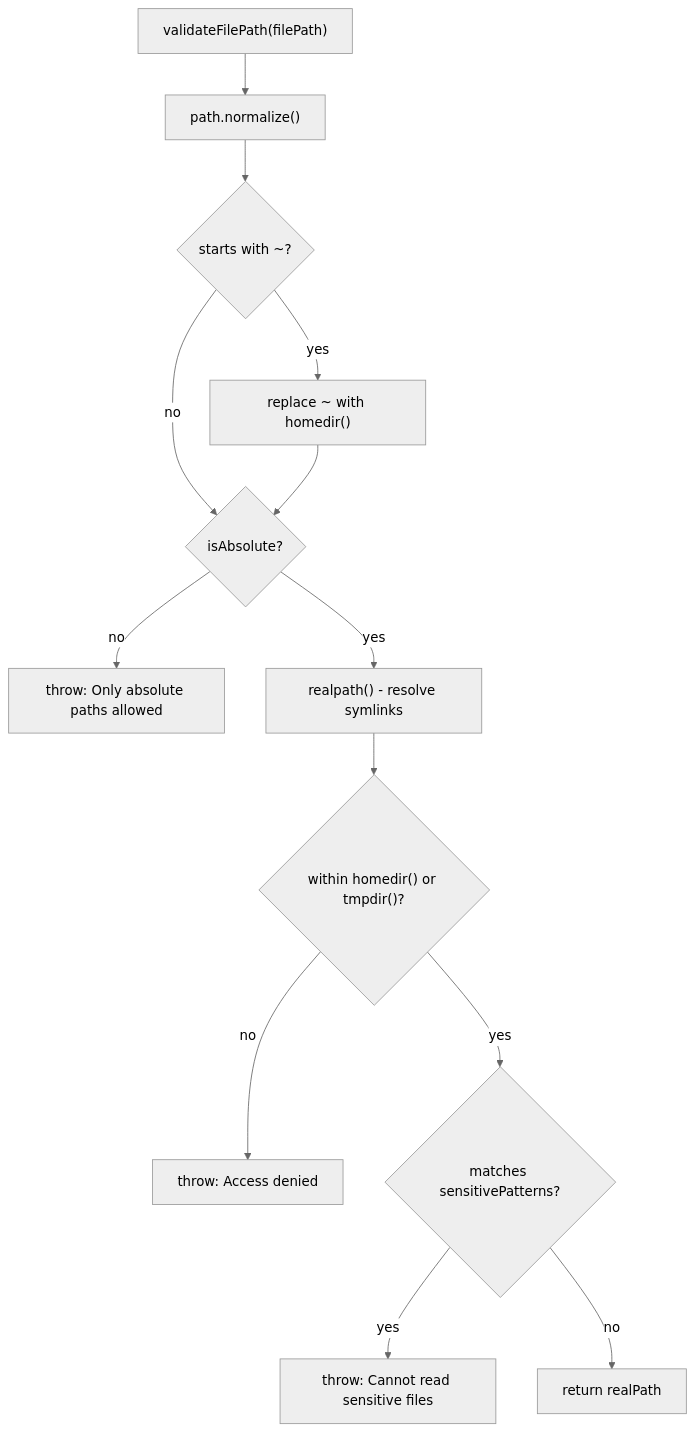
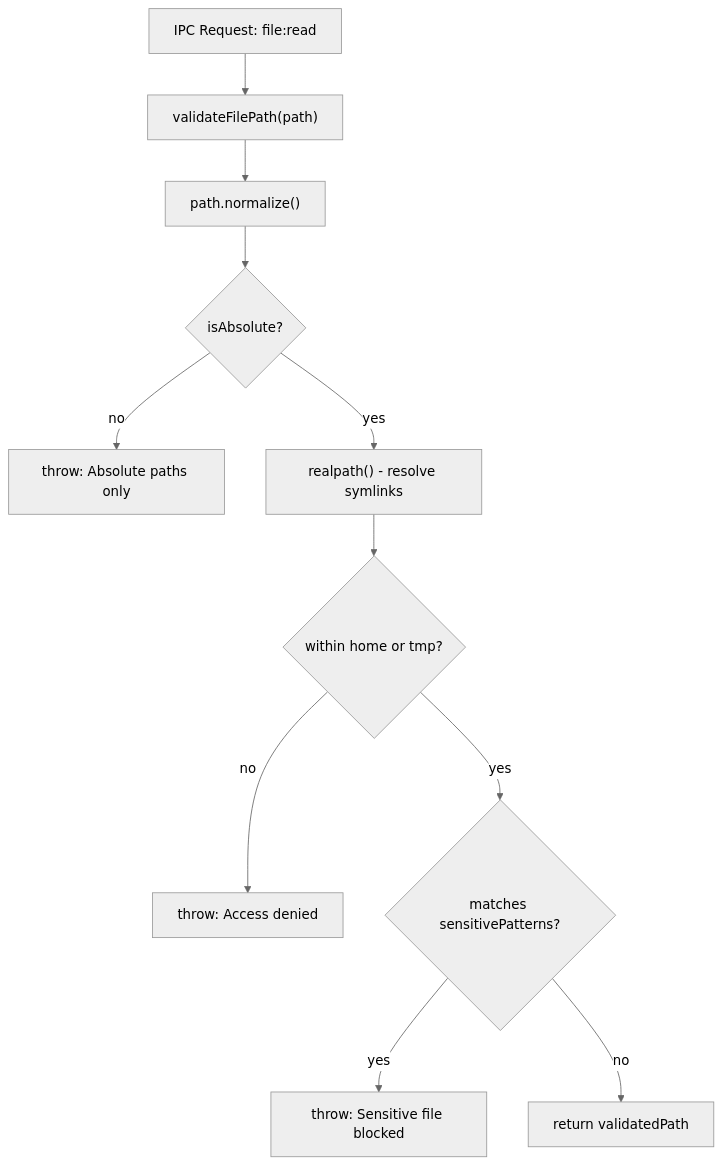
The second of 3 diagrams in docs/lukilabs_craft-agents-oss/security/security-architecture.md (blackcater/zentree), drawn with Mermaid (neutral theme) before and after one commit. The commit also changed other lines of this file and 232 other files, not shown here.

````diff
--- a/docs/lukilabs_craft-agents-oss/security/security-architecture.md
+++ b/docs/lukilabs_craft-agents-oss/security/security-architecture.md
@@ -145,15 +119,13 @@
 ```mermaid
 flowchart TD
-    A["validateFilePath(filePath)"] --> B["path.normalize()"]
-    B --> C{"starts with ~?"}
-    C -- yes --> D["replace ~ with homedir()"]
-    C -- no --> E{"isAbsolute?"}
-    D --> E
-    E -- no --> REJECT1["throw: Only absolute paths allowed"]
-    E -- yes --> F["realpath() - resolve symlinks"]
-    F --> G{"within homedir() or tmpdir()?"}
-    G -- no --> REJECT2["throw: Access denied"]
-    G -- yes --> H{"matches sensitivePatterns?"}
-    H -- yes --> REJECT3["throw: Cannot read sensitive files"]
-    H -- no --> RETURN["return realPath"]
+    A["IPC Request: file:read"] --> B["validateFilePath(path)"]
+    B --> C["path.normalize()"]
+    C --> D{"isAbsolute?"}
+    D -- no --> REJECT1["throw: Absolute paths only"]
+    D -- yes --> E["realpath() - resolve symlinks"]
+    E --> F{"within home or tmp?"}
+    F -- no --> REJECT2["throw: Access denied"]
+    F -- yes --> G{"matches sensitivePatterns?"}
+    G -- yes --> REJECT3["throw: Sensitive file blocked"]
+    G -- no --> RETURN["return validatedPath"]
 ```
````
